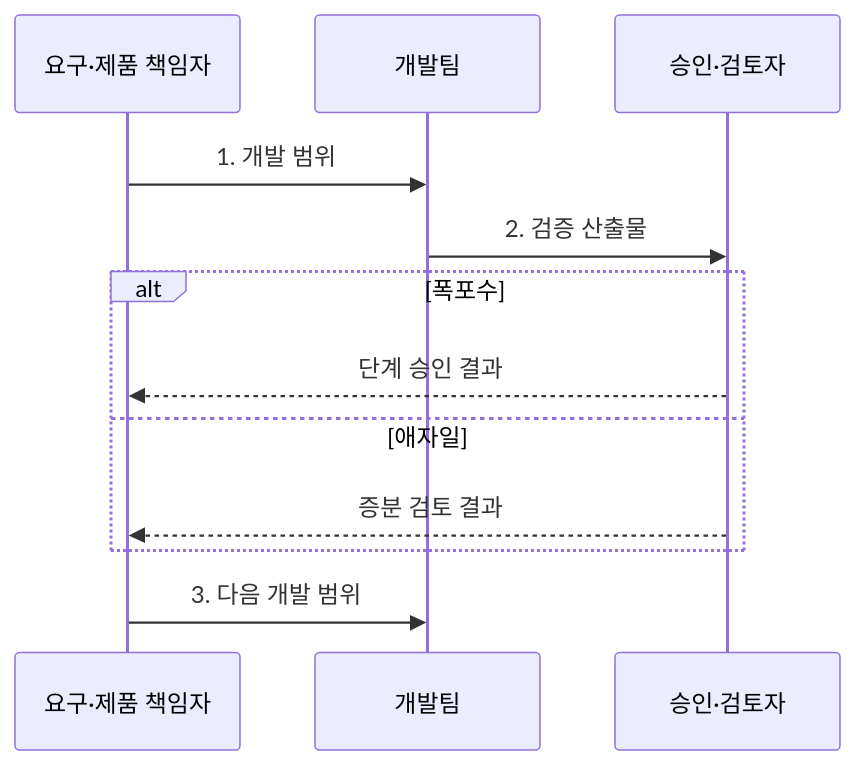
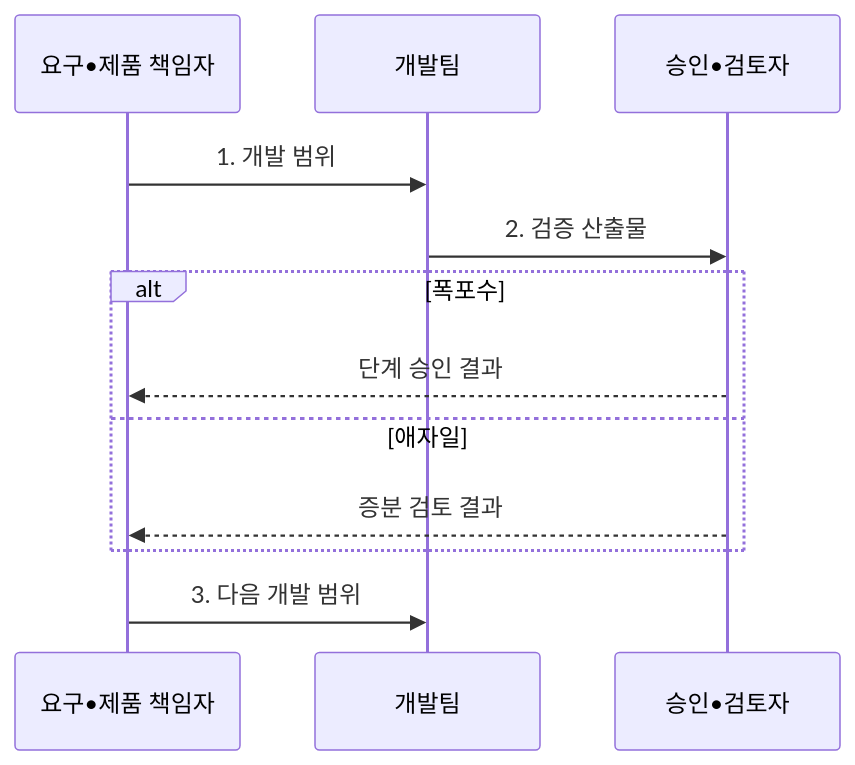
The second of 2 diagrams in src/content/docs/notes/03-software/031_waterfall_vs_agile.md (agnusdei1207/knowledge-base), drawn with Mermaid before and after one commit. The commit also changed other lines of this file and 953 other files, not shown here.

````diff
--- a/src/content/docs/notes/03-software/031_waterfall_vs_agile.md
+++ b/src/content/docs/notes/03-software/031_waterfall_vs_agile.md
@@ -105,14 +105,14 @@
 ```mermaid
 sequenceDiagram
-    participant O as 요구·제품 책임자
+    participant O as 요구•제품 책임자
     participant D as 개발팀
-    participant R as 승인·검토자
+    participant R as 승인•검토자
     O->>D: 1. 개발 범위
     D->>R: 2. 검증 산출물
     alt 폭포수
         R-->>O: 단계 승인 결과
     else 애자일
         R-->>O: 증분 검토 결과
     end
     O->>D: 3. 다음 개발 범위
 ```
````
